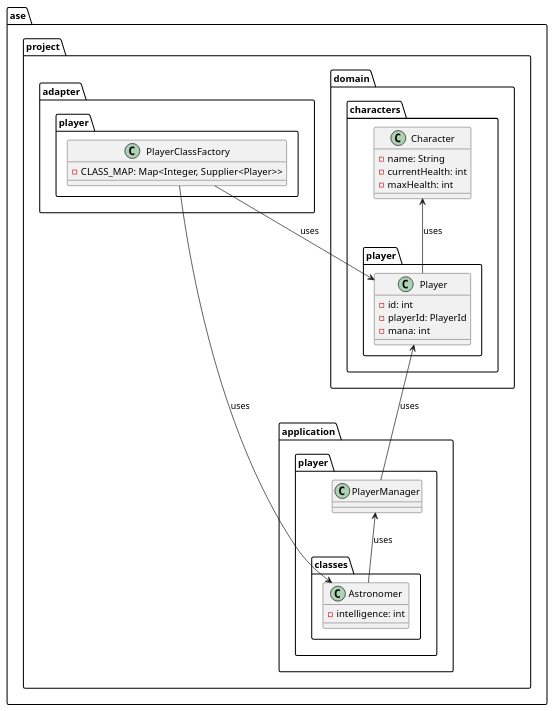
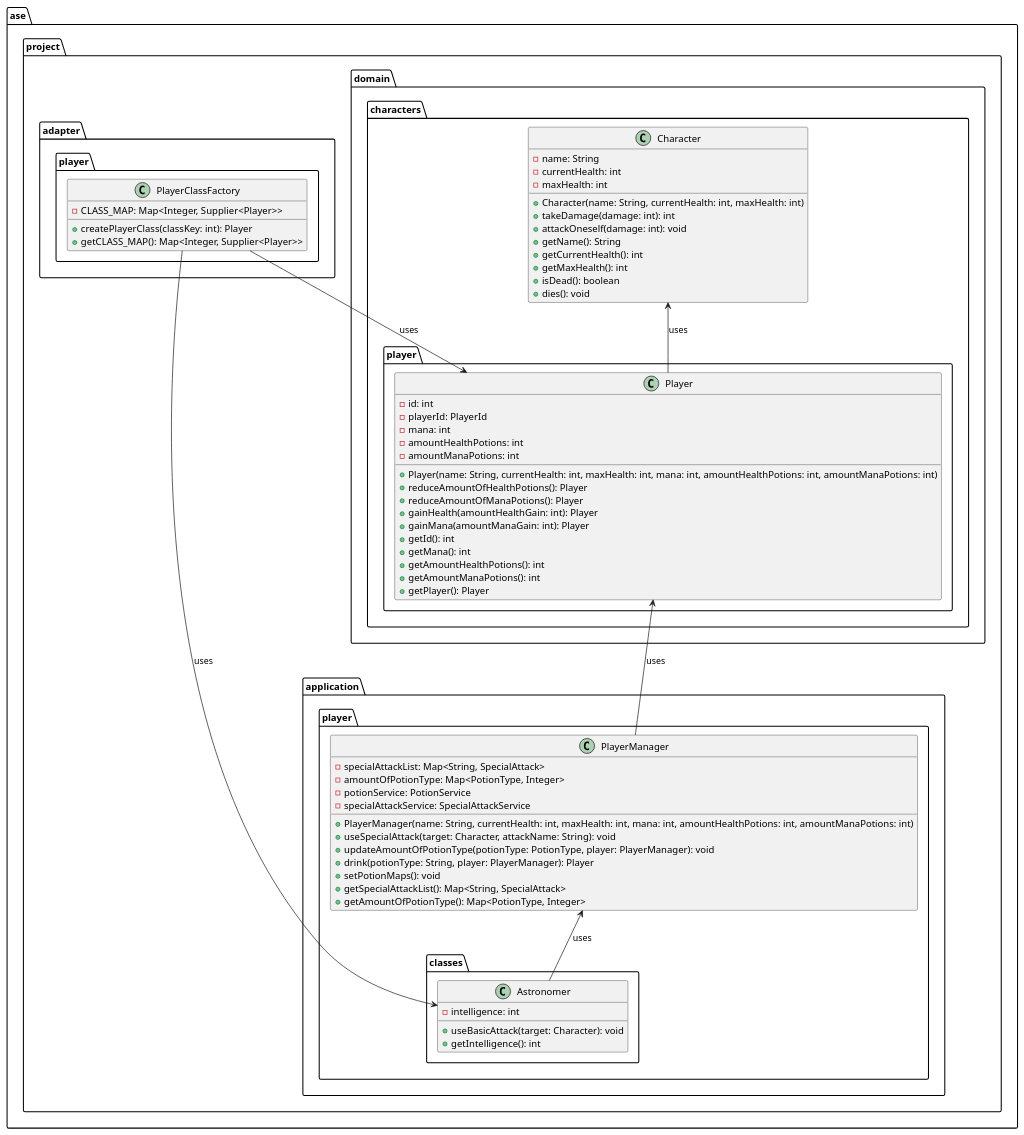
One commit to MonikaG14/ase-textbased-rpg changed the diagram in _uml.diagrams/Astronomer.puml. Above: the diagram before and after it, drawn with PlantUML. The commit also changed 8 other files, not shown here.

Commit message:
add missing attribute, methods and constructors to the UML diagrams

```diff
--- a/_uml.diagrams/Astronomer.puml
+++ b/_uml.diagrams/Astronomer.puml
@@ -1,41 +1,81 @@
 @startuml
 
 package ase.project.domain.characters {
   class Character {
-    - name: String
-    - currentHealth: int
-    - maxHealth: int
+        - name: String
+        - currentHealth: int
+        - maxHealth: int
+
+        + Character(name: String, currentHealth: int, maxHealth: int)
+        + takeDamage(damage: int): int
+        + attackOneself(damage: int): void
+        + getName(): String
+        + getCurrentHealth(): int
+        + getMaxHealth(): int
+        + isDead(): boolean
+        + dies(): void
   }
 }
 
 package ase.project.domain.characters.player {
   class Player {
-    - id: int
-    - playerId: PlayerId
-    - mana: int
+        - id: int
+        - playerId: PlayerId
+        - mana: int
+        - amountHealthPotions: int
+        - amountManaPotions: int
+
+        + Player(name: String, currentHealth: int, maxHealth: int, mana: int, amountHealthPotions: int, amountManaPotions: int)
+        + reduceAmountOfHealthPotions(): Player
+        + reduceAmountOfManaPotions(): Player
+        + gainHealth(amountHealthGain: int): Player
+        + gainMana(amountManaGain: int): Player
+        + getId(): int
+        + getMana(): int
+        + getAmountHealthPotions(): int
+        + getAmountManaPotions(): int
+        + getPlayer(): Player
   }
 }
 
 package ase.project.application.player {
   class PlayerManager {
+        - specialAttackList: Map<String, SpecialAttack>
+        - amountOfPotionType: Map<PotionType, Integer>
+        - potionService: PotionService
+        - specialAttackService: SpecialAttackService
+
+        + PlayerManager(name: String, currentHealth: int, maxHealth: int, mana: int, amountHealthPotions: int, amountManaPotions: int)
+        + useSpecialAttack(target: Character, attackName: String): void
+        + updateAmountOfPotionType(potionType: PotionType, player: PlayerManager): void
+        + drink(potionType: String, player: PlayerManager): Player
+        + setPotionMaps(): void
+        + getSpecialAttackList(): Map<String, SpecialAttack>
+        + getAmountOfPotionType(): Map<PotionType, Integer>
   }
 }
 package ase.project.application.player.classes {
   class Astronomer {
-    - intelligence: int
+        - intelligence: int
+
+        + useBasicAttack(target: Character): void
+        + getIntelligence(): int
   }
  }
 
 package ase.project.adapter.player {
   class PlayerClassFactory {
-    - CLASS_MAP: Map<Integer, Supplier<Player>>
+        - CLASS_MAP: Map<Integer, Supplier<Player>>
+
+        + createPlayerClass(classKey: int): Player
+        + getCLASS_MAP(): Map<Integer, Supplier<Player>>
   }
 }
 
 Character <-- Player : uses
 Player <-- PlayerManager : uses
 PlayerManager <-- Astronomer : uses
 PlayerClassFactory --> Player : uses
 PlayerClassFactory --> Astronomer : uses
 
 @enduml
```
